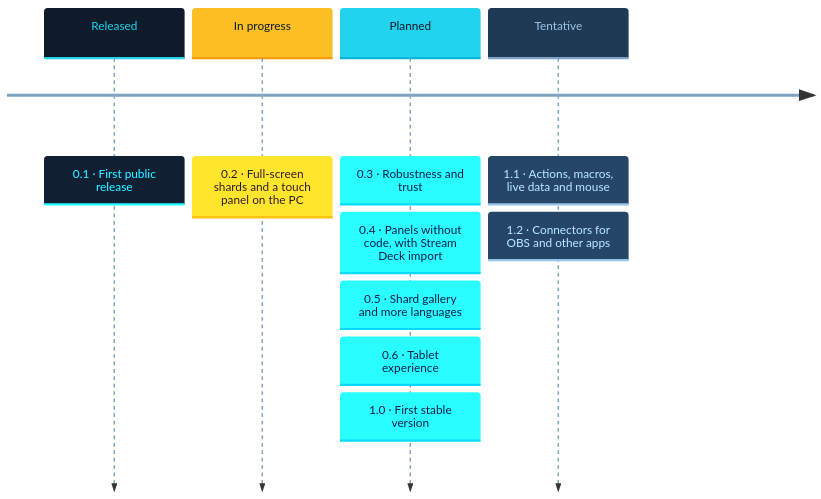
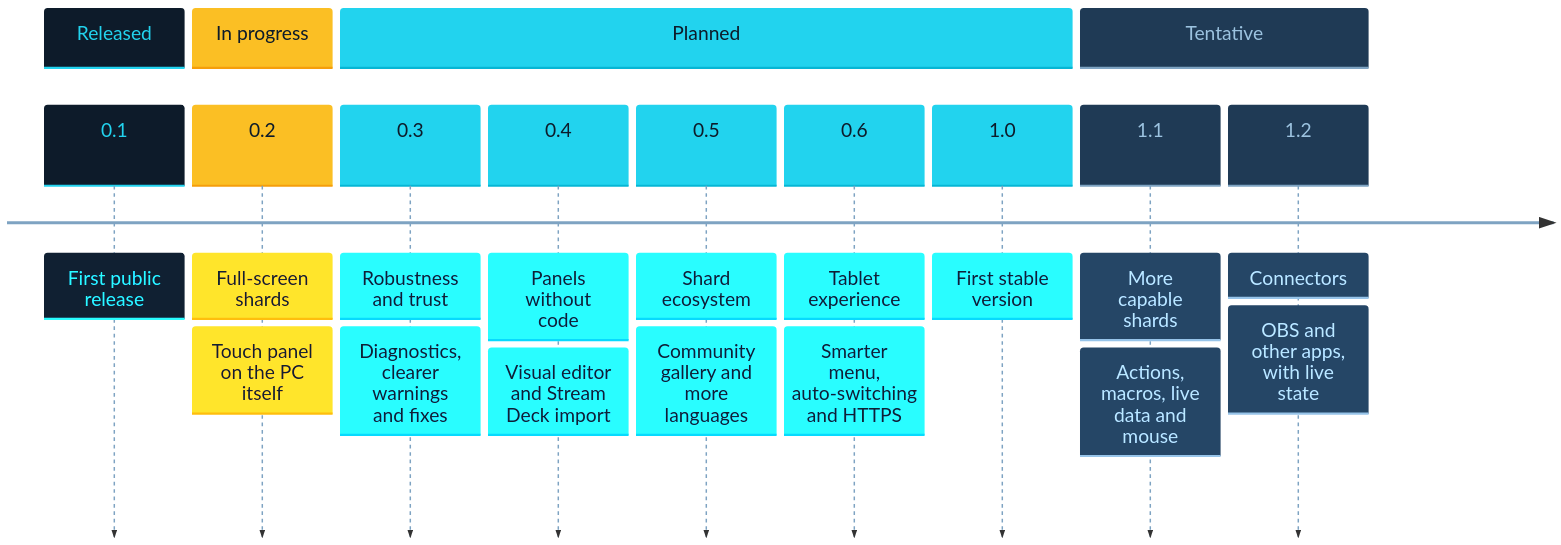
The diagram in README.md (libreshard/libreshard), drawn with Mermaid before and after one commit. The commit also changed 1 other file, not shown here.

Commit message:
Go back to the version timeline with a larger font
The grouped layout read worse than the timeline. Keep the nine columns
and raise the font to 26px, which fills the boxes without crowding them,
so the text stays readable when GitHub scales the diagram down.

````diff
--- a/README.md
+++ b/README.md
@@ -169,13 +169,17 @@
 ```mermaid
-%%{init: {"theme": "base", "themeVariables": {"cScale0": "#0d1b2a", "cScaleLabel0": "#22d3ee", "cScaleInv0": "#22d3ee", "cScale1": "#fbbf24", "cScaleLabel1": "#0d1b2a", "cScaleInv1": "#f59e0b", "cScale2": "#22d3ee", "cScaleLabel2": "#0d1b2a", "cScaleInv2": "#06b6d4", "cScale3": "#1f3a55", "cScaleLabel3": "#9cc3e0", "cScaleInv3": "#7ea3c2", "cScaleLabel11": "#7ea3c2"}, "themeCSS": ".eventWrapper { filter: none; }"}}%%
+%%{init: {"theme": "base", "themeVariables": {"fontSize": "26px", "cScale0": "#0d1b2a", "cScaleLabel0": "#22d3ee", "cScaleInv0": "#22d3ee", "cScale1": "#fbbf24", "cScaleLabel1": "#0d1b2a", "cScaleInv1": "#f59e0b", "cScale2": "#22d3ee", "cScaleLabel2": "#0d1b2a", "cScaleInv2": "#06b6d4", "cScale3": "#1f3a55", "cScaleLabel3": "#9cc3e0", "cScaleInv3": "#7ea3c2", "cScaleLabel11": "#7ea3c2"}, "themeCSS": ".eventWrapper { filter: none; }"}}%%
 timeline
-    Released : 0.1 · First public release
-    In progress : 0.2 · Full-screen shards and a touch panel on the PC
-    Planned : 0.3 · Robustness and trust
-            : 0.4 · Panels without code, with Stream Deck import
-            : 0.5 · Shard gallery and more languages
-            : 0.6 · Tablet experience
-            : 1.0 · First stable version
-    Tentative : 1.1 · Actions, macros, live data and mouse
-              : 1.2 · Connectors for OBS and other apps
+    section Released
+        0.1 : First public release
+    section In progress
+        0.2 : Full-screen shards : Touch panel on the PC itself
+    section Planned
+        0.3 : Robustness and trust : Diagnostics, clearer warnings and fixes
+        0.4 : Panels without code : Visual editor and Stream Deck import
+        0.5 : Shard ecosystem : Community gallery and more languages
+        0.6 : Tablet experience : Smarter menu, auto-switching and HTTPS
+        1.0 : First stable version
+    section Tentative
+        1.1 : More capable shards : Actions, macros, live data and mouse
+        1.2 : Connectors : OBS and other apps, with live state
 ```
````
